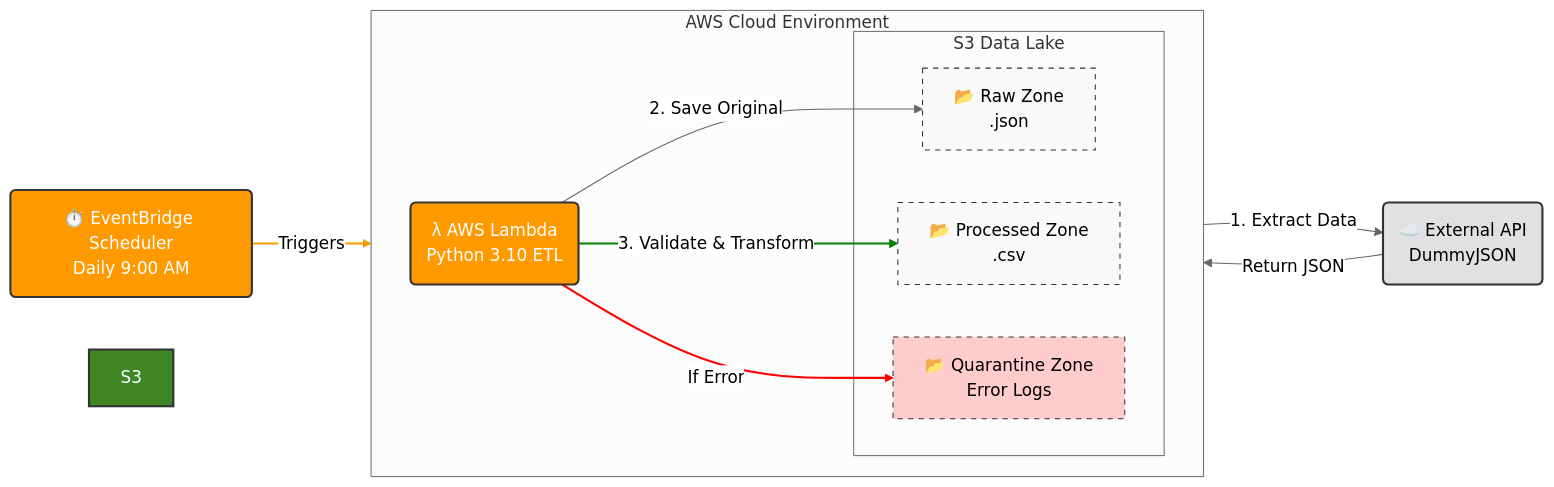
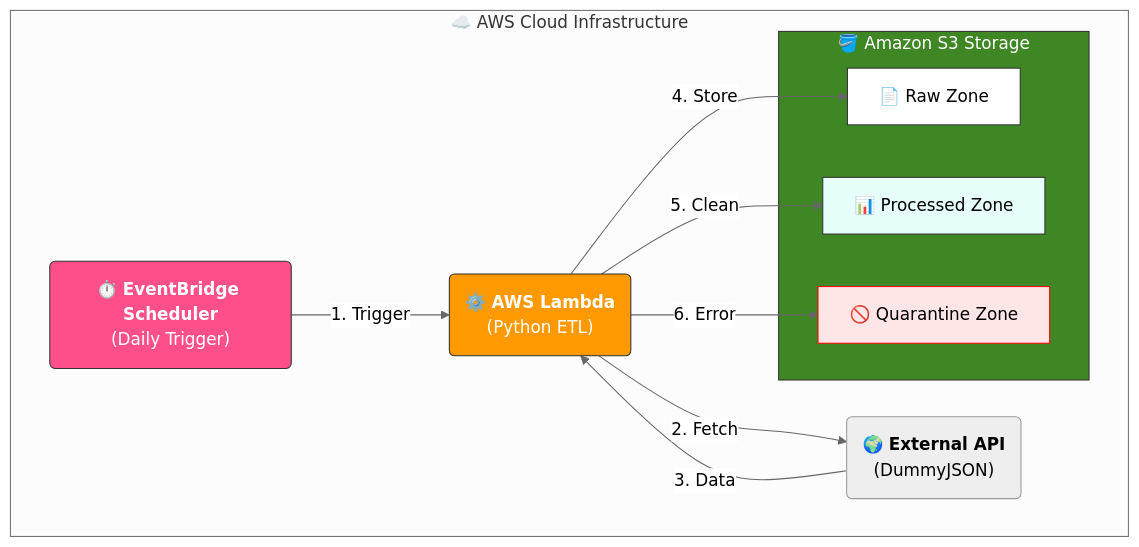
Before and after one commit to EngrNoman/automated-cloud-data-pipeline: the diagram in README.md, drawn with Mermaid (neutral theme).

Commit message:
Add Diagram

````diff
--- a/README.md
+++ b/README.md
@@ -15,39 +15,34 @@
 ```mermaid
-graph LR
-    %% Styles
-    style EB fill:#FF9900,stroke:#333,stroke-width:2px,color:white
-    style API fill:#E1E1E1,stroke:#333,stroke-width:2px
-    style LAM fill:#FF9900,stroke:#333,stroke-width:2px,color:white
-    style S3 fill:#3F8624,stroke:#333,stroke-width:2px,color:white
-    style RAW fill:#f9f9f9,stroke:#333,stroke-dasharray: 5 5
-    style PRO fill:#f9f9f9,stroke:#333,stroke-dasharray: 5 5
-    style QUA fill:#ffcccc,stroke:#333,stroke-dasharray: 5 5
-
-    %% Nodes
-    EB(⏱️ EventBridge Scheduler<br/>Daily 9:00 AM)
-    API(☁️ External API<br/>DummyJSON)
-    
-    subgraph AWS_Cloud [AWS Cloud Environment]
+graph TD
+    %% --- Main Setup ---
+    subgraph AWS [☁️ AWS Cloud Infrastructure]
         direction LR
-        LAM(λ AWS Lambda<br/>Python 3.10 ETL)
         
-        subgraph S3_Bucket [S3 Data Lake]
-            RAW[📂 Raw Zone<br/>.json]
-            PRO[📂 Processed Zone<br/>.csv]
-            QUA[📂 Quarantine Zone<br/>Error Logs]
+        %% Nodes
+        EB("⏱️ <b>EventBridge Scheduler</b><br/>(Daily Trigger)")
+        LAM("⚙️ <b>AWS Lambda</b><br/>(Python ETL)")
+        API("🌍 <b>External API</b><br/>(DummyJSON)")
+        
+        subgraph S3 [🪣 Amazon S3 Storage]
+            RAW[📄 Raw Zone]
+            PRO[📊 Processed Zone]
+            LOG[🚫 Quarantine Zone]
         end
     end
 
-    %% Flow Connections
-    EB -- Triggers --> LAM
-    LAM -- 1. Extract Data --> API
-    API -- Return JSON --> LAM
-    LAM -- 2. Save Original --> RAW
-    LAM -- 3. Validate & Transform --> PRO
-    LAM -- If Error --> QUA
+    %% --- Connections ---
+    EB -- "1. Trigger" --> LAM
+    LAM -- "2. Fetch" --> API
+    API -- "3. Data" --> LAM
+    LAM -- "4. Store" --> RAW
+    LAM -- "5. Clean" --> PRO
+    LAM -- "6. Error" --> LOG
 
-    %% Link Styling
-    linkStyle 0 stroke:#FF9900,stroke-width:2px;
-    linkStyle 4 stroke:green,stroke-width:2px;
-    linkStyle 5 stroke:red,stroke-width:2px;
+    %% --- Styling ---
+    style EB fill:#FF4F8B,stroke:#333,color:white
+    style LAM fill:#FF9900,stroke:#333,color:white
+    style S3 fill:#3F8624,stroke:#333,color:white
+    style RAW fill:#fff,stroke:#333
+    style PRO fill:#e6fffa,stroke:#333
+    style LOG fill:#ffe6e6,stroke:#ff0000
 ```
````
